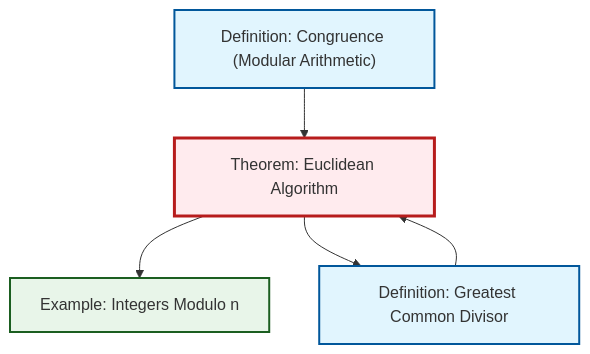
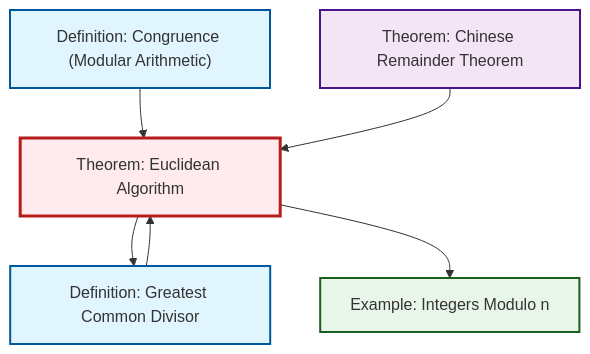
The second of 2 diagrams in content/ja/number-theory/thm-euclidean-algorithm.qmd (RK0429/ModernMath), drawn with Mermaid before and after one commit. The commit also changed 615 other files, not shown here.

First line of the commit message:
feat: Add Chinese Remainder Theorem article with comprehensive cross-references

````diff
--- a/content/ja/number-theory/thm-euclidean-algorithm.qmd
+++ b/content/ja/number-theory/thm-euclidean-algorithm.qmd
@@ -95,21 +95,24 @@
 ```{mermaid}
 %%| fig-cap: "Local dependency graph"
 graph TD
     classDef definition fill:#e1f5fe,stroke:#01579b,stroke-width:2px
     classDef theorem fill:#f3e5f5,stroke:#4a148c,stroke-width:2px
     classDef axiom fill:#fff3e0,stroke:#e65100,stroke-width:2px
     classDef example fill:#e8f5e9,stroke:#1b5e20,stroke-width:2px
     classDef current fill:#ffebee,stroke:#b71c1c,stroke-width:3px
+    thm-chinese-remainder["Theorem: Chinese Remainder Theorem"]:::theorem
+    def-gcd["Definition: Greatest Common Divisor"]:::definition
     def-congruence["Definition: Congruence (Modular Arithmetic)"]:::definition
-    def-gcd["Definition: Greatest Common Divisor"]:::definition
     ex-quotient-integers-mod-n["Example: Integers Modulo n"]:::example
     thm-euclidean-algorithm["Theorem: Euclidean Algorithm"]:::theorem
+    def-congruence --> thm-euclidean-algorithm
+    thm-chinese-remainder --> thm-euclidean-algorithm
+    def-gcd --> thm-euclidean-algorithm
+    thm-euclidean-algorithm --> def-gcd
     thm-euclidean-algorithm --> ex-quotient-integers-mod-n
-    thm-euclidean-algorithm --> def-gcd
-    def-gcd --> thm-euclidean-algorithm
-    def-congruence --> thm-euclidean-algorithm
     class thm-euclidean-algorithm current
+    click thm-chinese-remainder "thm-chinese-remainder.html" "Theorem: Chinese Remainder Theoremへ"
+    click def-gcd "def-gcd.html" "Definition: Greatest Common Divisorへ"
     click def-congruence "def-congruence.html" "Definition: Congruence (Modular Arithmetic)へ"
-    click def-gcd "def-gcd.html" "Definition: Greatest Common Divisorへ"
     click ex-quotient-integers-mod-n "ex-quotient-integers-mod-n.html" "Example: Integers Modulo nへ"
 ```
````
